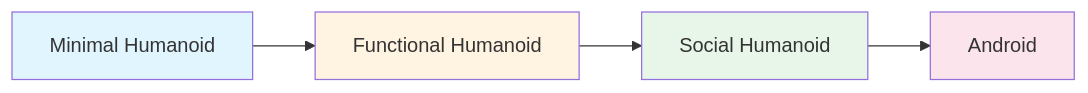
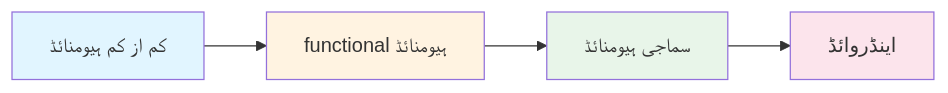
The first of 4 diagrams in humanoid-robotics-book/i18n/ur/docusaurus-plugin-content-docs/current/part1-foundations/chapter-02-understanding-humanoid-robots.md (laraib28/hackathon1), drawn with Mermaid before and after one commit. The commit also changed other lines of this file and 148 other files, not shown here.

````diff
--- a/humanoid-robotics-book/i18n/ur/docusaurus-plugin-content-docs/current/part1-foundations/chapter-02-understanding-humanoid-robots.md
+++ b/humanoid-robotics-book/i18n/ur/docusaurus-plugin-content-docs/current/part1-foundations/chapter-02-understanding-humanoid-robots.md
@@ -59,8 +59,8 @@
 ```mermaid
 graph LR
-    A[Minimal Humanoid] --> B[Functional Humanoid] --> C[Social Humanoid] --> D[Android]
+    A[کم از کم ہیومنائڈ] --> B[ functional ہیومنائڈ] --> C[سماجی ہیومنائڈ] --> D[اینڈروائڈ]
     style A fill:#e1f5ff
     style B fill:#fff3e1
     style C fill:#e8f5e9
     style D fill:#fce4ec
 ```
````
